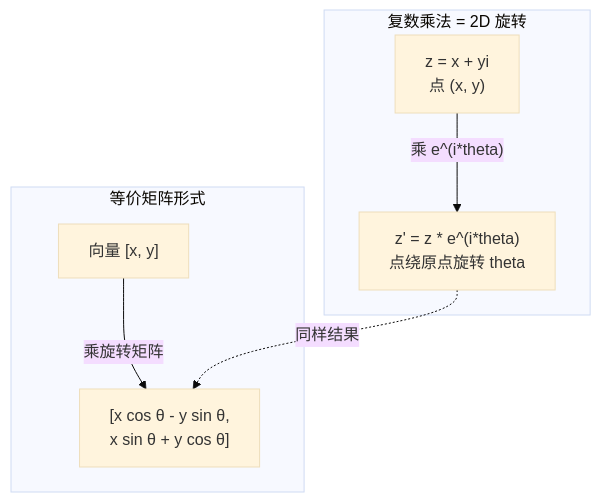
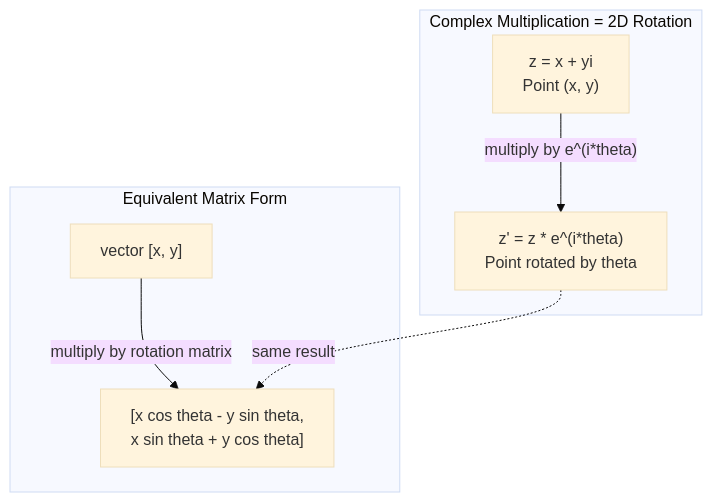
The first of 2 diagrams in phases/01-math-foundations/19-complex-numbers/docs/zh.md (omigaZen/ai-engineering-from-scratch), drawn with Mermaid (base theme) before and after one commit. The commit also changed other lines of this file and 32 other files, not shown here.

````diff
--- a/phases/01-math-foundations/19-complex-numbers/docs/zh.md
+++ b/phases/01-math-foundations/19-complex-numbers/docs/zh.md
@@ -162,10 +163,10 @@
 ```mermaid
 graph TD
-    subgraph "复数乘法 = 2D 旋转"
-        A["z = x + yi<br/>点 (x, y)"] -->|"乘 e^(i*theta)"| B["z' = z * e^(i*theta)<br/>点绕原点旋转 theta"]
+    subgraph "Complex Multiplication = 2D Rotation"
+        A["z = x + yi<br/>Point (x, y)"] -->|"multiply by e^(i*theta)"| B["z' = z * e^(i*theta)<br/>Point rotated by theta"]
     end
-    subgraph "等价矩阵形式"
-        C["向量 [x, y]"] -->|"乘旋转矩阵"| D["[x cos θ - y sin θ,<br/> x sin θ + y cos θ]"]
+    subgraph "Equivalent Matrix Form"
+        C["vector [x, y]"] -->|"multiply by rotation matrix"| D["[x cos theta - y sin theta,<br/> x sin theta + y cos theta]"]
     end
-    B -.->|"同样结果"| D
+    B -.->|"same result"| D
 ```
````
